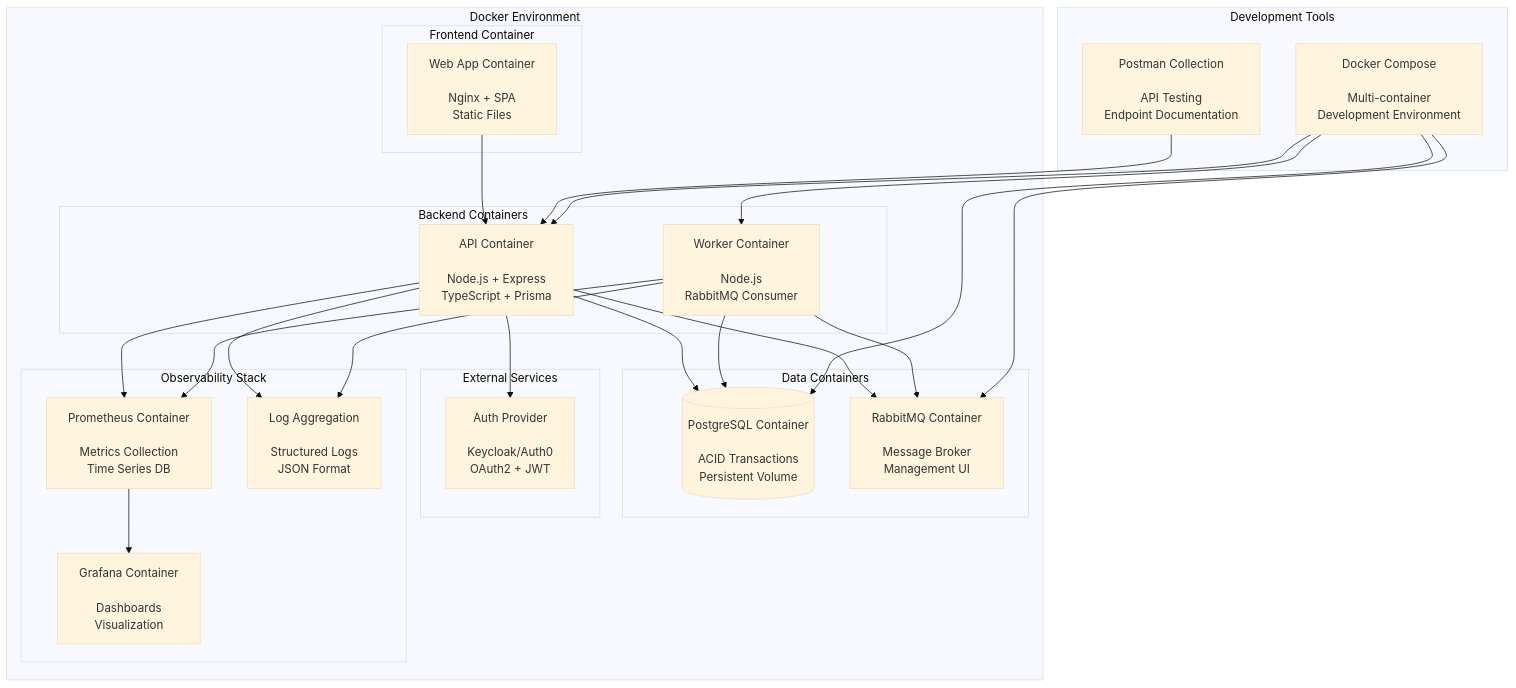
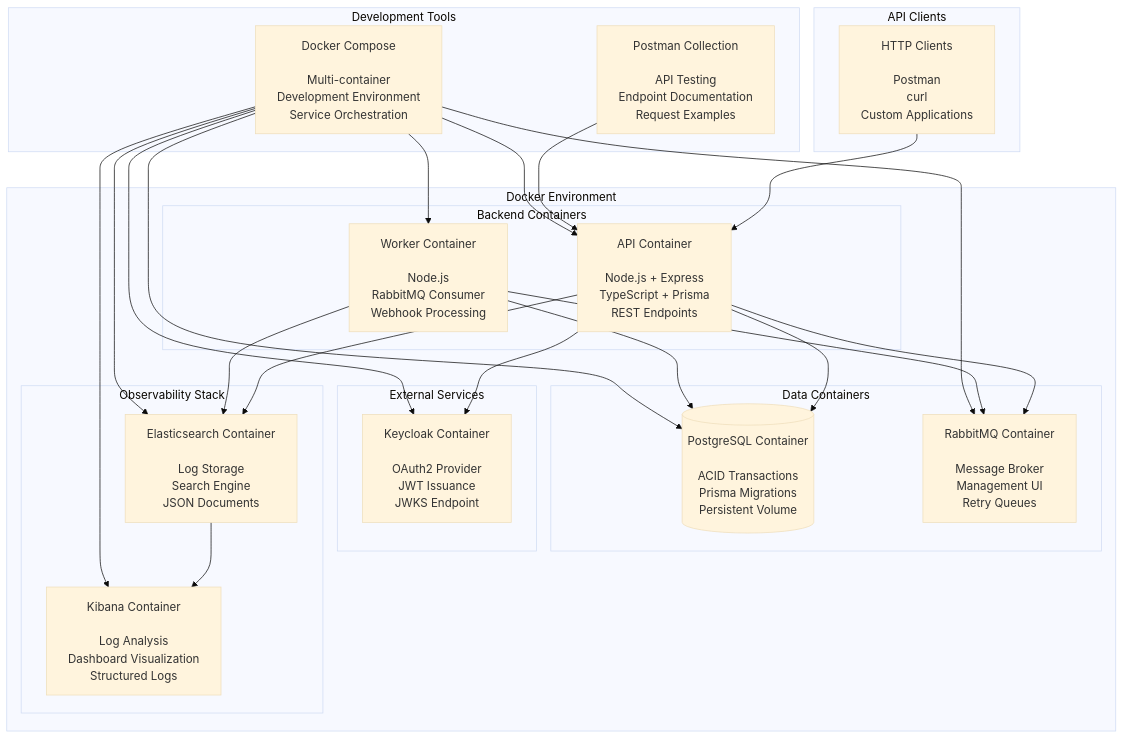
Before and after one commit to PaezFrancisco/tp-iaew-2025: the fifth of 5 diagrams in READ_ME.md, drawn with Mermaid (base theme). The commit also changed other lines of this file, not shown here.

````diff
--- a/READ_ME.md
+++ b/READ_ME.md
@@ -198,53 +198,53 @@
 ```mermaid
 graph TB
     subgraph "Docker Environment"
-        subgraph "Frontend Container"
-            WebApp[Web App Container<br/><br/>Nginx + SPA<br/>Static Files]
-        end
-        
         subgraph "Backend Containers"
-            APIContainer[API Container<br/><br/>Node.js + Express<br/>TypeScript + Prisma]
-            WorkerContainer[Worker Container<br/><br/>Node.js<br/>RabbitMQ Consumer]
+            APIContainer[API Container<br/><br/>Node.js + Express<br/>TypeScript + Prisma<br/>REST Endpoints]
+            WorkerContainer[Worker Container<br/><br/>Node.js<br/>RabbitMQ Consumer<br/>Webhook Processing]
         end
         
         subgraph "Data Containers"
-            PostgresContainer[(PostgreSQL Container<br/><br/>ACID Transactions<br/>Persistent Volume)]
-            RabbitMQContainer[RabbitMQ Container<br/><br/>Message Broker<br/>Management UI]
+            PostgresContainer[(PostgreSQL Container<br/><br/>ACID Transactions<br/>Prisma Migrations<br/>Persistent Volume)]
+            RabbitMQContainer[RabbitMQ Container<br/><br/>Message Broker<br/>Management UI<br/>Retry Queues]
         end
         
         subgraph "External Services"
-            AuthContainer[Auth Provider<br/><br/>Keycloak/Auth0<br/>OAuth2 + JWT]
+            KeycloakContainer[Keycloak Container<br/><br/>OAuth2 Provider<br/>JWT Issuance<br/>JWKS Endpoint]
         end
         
         subgraph "Observability Stack"
-            PrometheusContainer[Prometheus Container<br/><br/>Metrics Collection<br/>Time Series DB]
-            GrafanaContainer[Grafana Container<br/><br/>Dashboards<br/>Visualization]
-            LogContainer[Log Aggregation<br/><br/>Structured Logs<br/>JSON Format]
+            KibanaContainer[Kibana Container<br/><br/>Log Analysis<br/>Dashboard Visualization<br/>Structured Logs]
+            ElasticsearchContainer[Elasticsearch Container<br/><br/>Log Storage<br/>Search Engine<br/>JSON Documents]
         end
     end
     
     subgraph "Development Tools"
-        Postman[Postman Collection<br/><br/>API Testing<br/>Endpoint Documentation]
-        DockerCompose[Docker Compose<br/><br/>Multi-container<br/>Development Environment]
+        Postman[Postman Collection<br/><br/>API Testing<br/>Endpoint Documentation<br/>Request Examples]
+        DockerCompose[Docker Compose<br/><br/>Multi-container<br/>Development Environment<br/>Service Orchestration]
     end
     
-    WebApp --> APIContainer
+    subgraph "API Clients"
+        HTTPClients[HTTP Clients<br/><br/>Postman<br/>curl<br/>Custom Applications]
+    end
+    
+    HTTPClients --> APIContainer
     APIContainer --> PostgresContainer
     APIContainer --> RabbitMQContainer
-    APIContainer --> AuthContainer
-    APIContainer --> PrometheusContainer
+    APIContainer --> KeycloakContainer
+    APIContainer --> ElasticsearchContainer
     
     WorkerContainer --> RabbitMQContainer
     WorkerContainer --> PostgresContainer
-    WorkerContainer --> PrometheusContainer
+    WorkerContainer --> ElasticsearchContainer
     
-    PrometheusContainer --> GrafanaContainer
-    APIContainer --> LogContainer
-    WorkerContainer --> LogContainer
+    ElasticsearchContainer --> KibanaContainer
     
     Postman --> APIContainer
     DockerCompose --> APIContainer
     DockerCompose --> WorkerContainer
     DockerCompose --> PostgresContainer
     DockerCompose --> RabbitMQContainer
+    DockerCompose --> KeycloakContainer
+    DockerCompose --> ElasticsearchContainer
+    DockerCompose --> KibanaContainer
 ```
````
